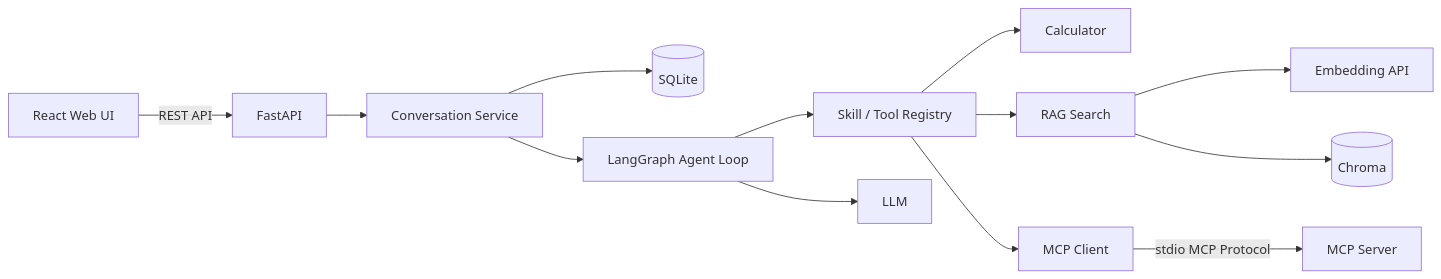
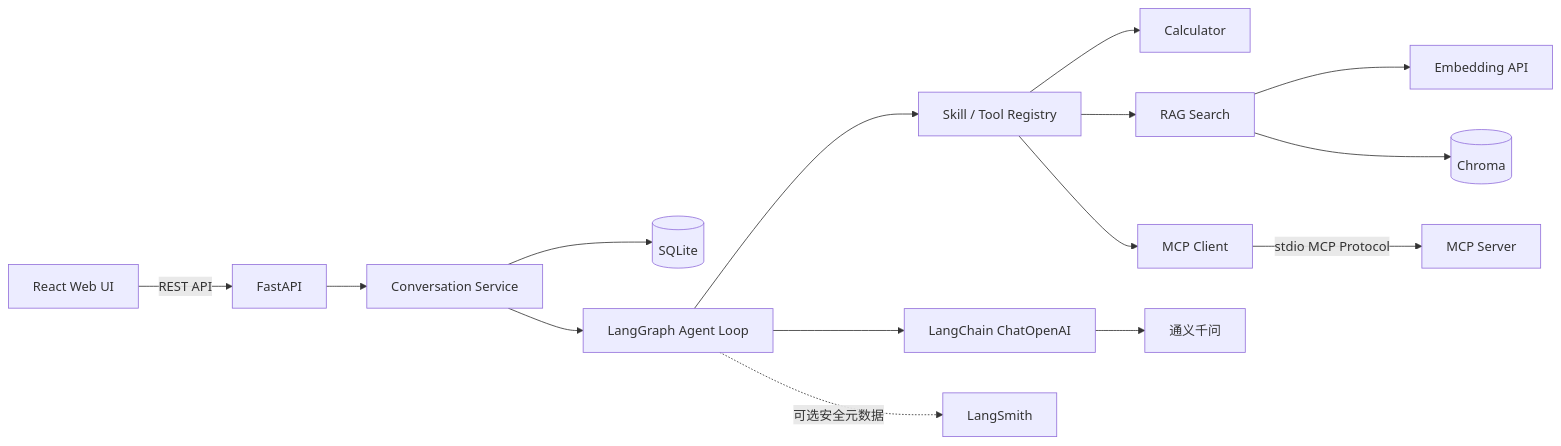
Before and after one commit to dongjinyue/ai-workspace-agent: the diagram in README.md, drawn with Mermaid. The commit also changed other lines of this file and 3 other files, not shown here.

Commit message:
docs: record framework migration verification and architecture

````diff
--- a/README.md
+++ b/README.md
@@ -22,15 +23,17 @@
 ```mermaid
 flowchart LR
     UI[React Web UI] -->|REST API| API[FastAPI]
     API --> MEM[Conversation Service]
     MEM --> DB[(SQLite)]
     MEM --> GRAPH[LangGraph Agent Loop]
     GRAPH --> REG[Skill / Tool Registry]
     REG --> CALC[Calculator]
     REG --> RAG[RAG Search]
     REG --> MCP[MCP Client]
     RAG --> EMB[Embedding API]
     RAG --> CHROMA[(Chroma)]
     MCP -->|stdio MCP Protocol| SERVER[MCP Server]
-    GRAPH --> LLM
+    GRAPH --> LC[LangChain ChatOpenAI]
+    LC --> LLM[通义千问]
+    GRAPH -.可选安全元数据.-> LS[LangSmith]
 ```
````
